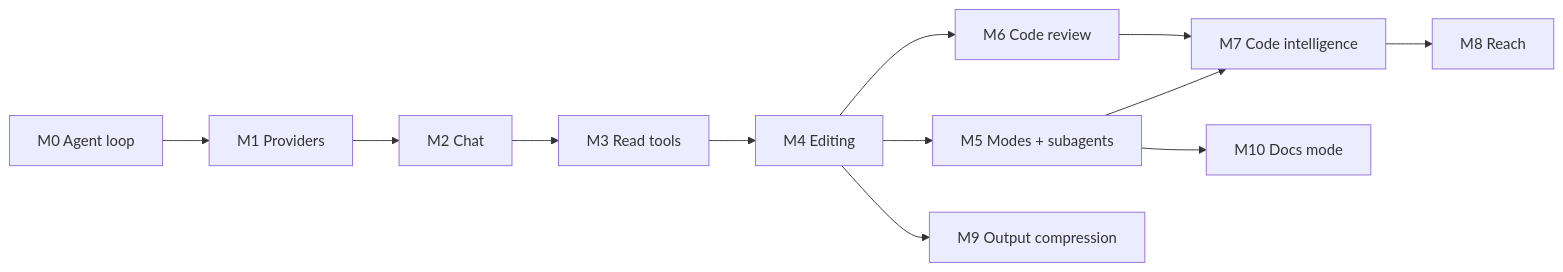
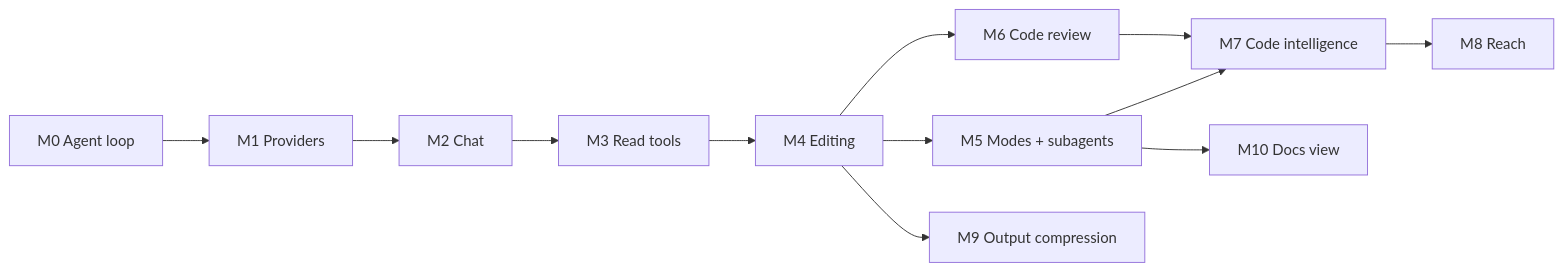
One commit to cgund98/robi changed the diagram in docs/src/roadmap.md. Above: the diagram before and after it, drawn with Mermaid. The commit also changed other lines of this file and 61 other files, not shown here.

````diff
--- a/docs/src/roadmap.md
+++ b/docs/src/roadmap.md
@@ -57,14 +57,14 @@
 ```mermaid
 graph LR
   M0[M0 Agent loop] --> M1[M1 Providers]
   M1 --> M2[M2 Chat]
   M2 --> M3[M3 Read tools]
   M3 --> M4[M4 Editing]
   M4 --> M5[M5 Modes + subagents]
   M4 --> M6[M6 Code review]
   M5 --> M7[M7 Code intelligence]
   M6 --> M7
   M7 --> M8[M8 Reach]
   M4 --> M9[M9 Output compression]
-  M5 --> M10[M10 Docs mode]
+  M5 --> M10[M10 Docs view]
 ```
````
